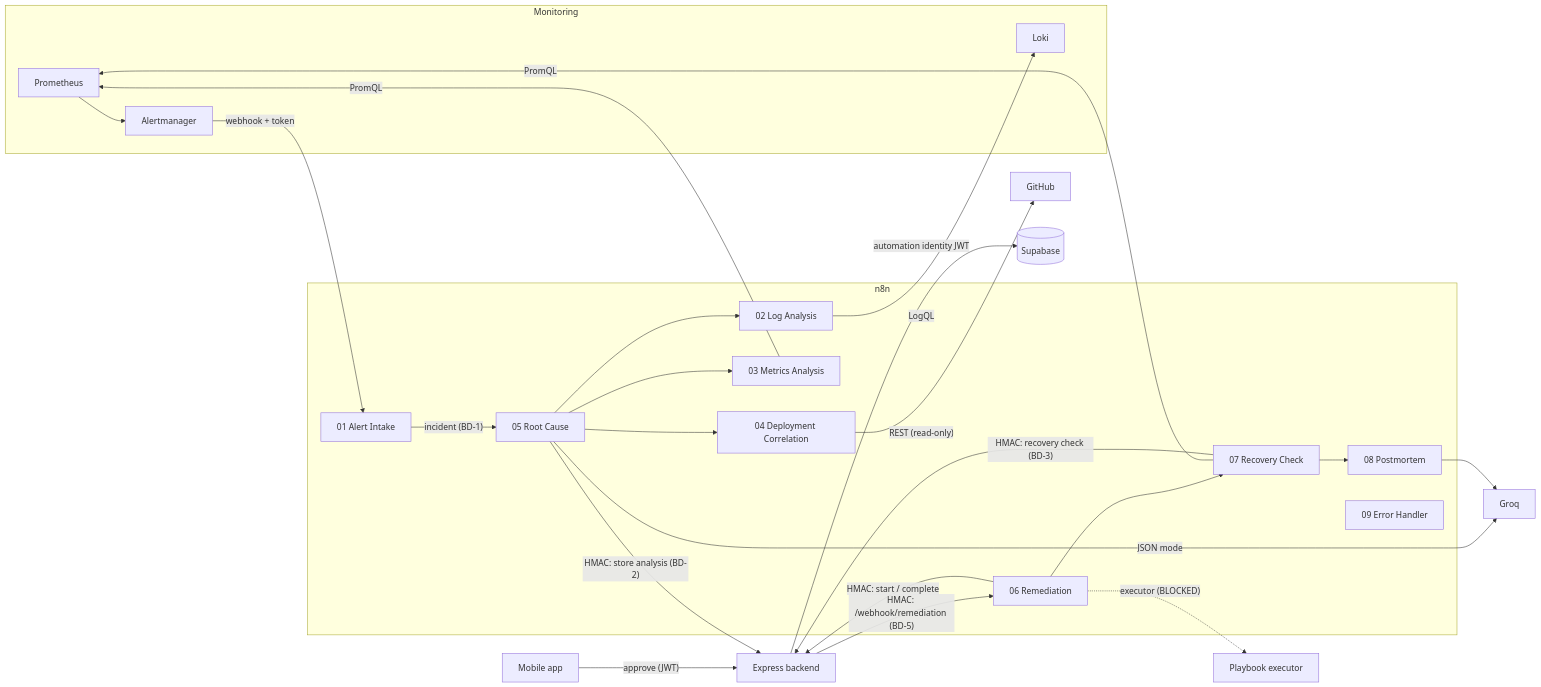
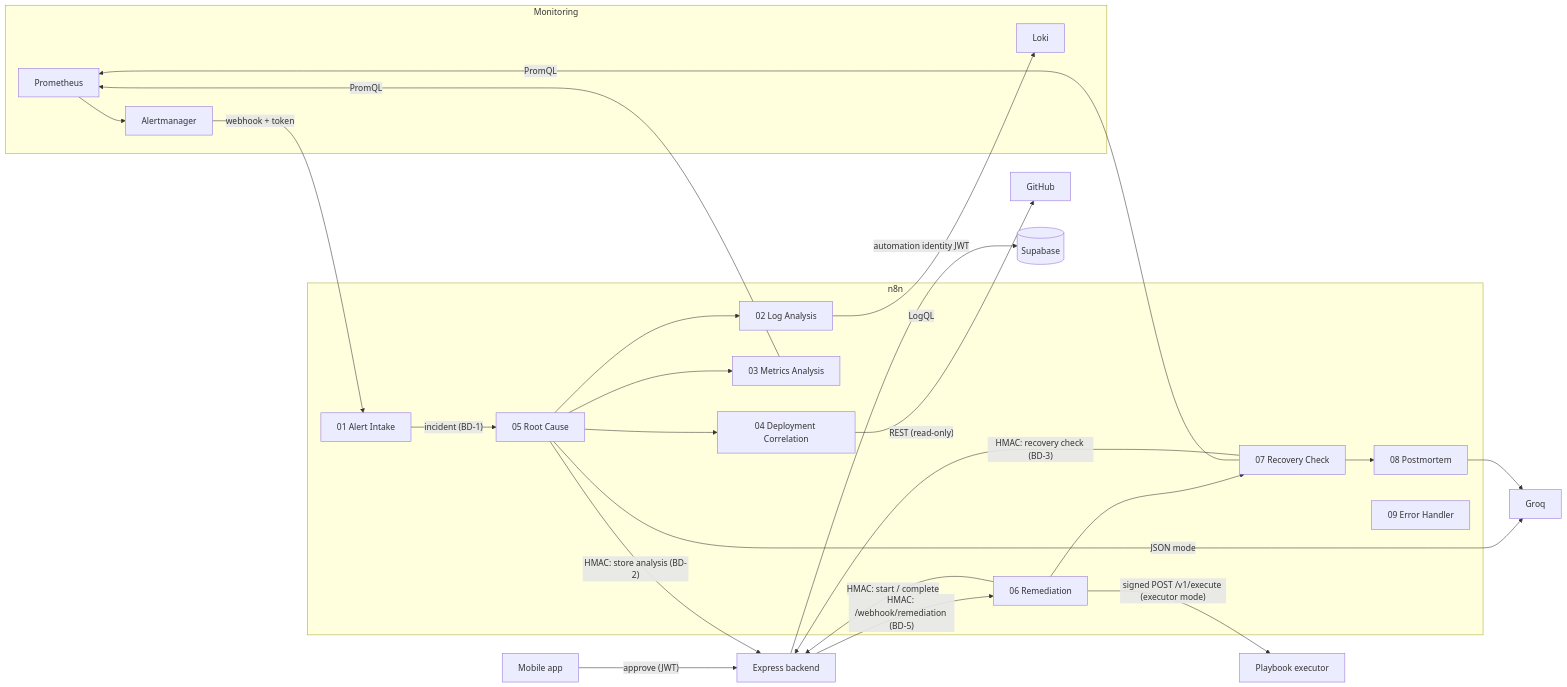
Before and after one commit to AI-DevOps-CommandCenter/ai-devops-command-center: the first of 2 diagrams in docs/automation-implementation-guide.md, drawn with Mermaid. The commit also changed other lines of this file and 16 other files, not shown here.

````diff
--- a/docs/automation-implementation-guide.md
+++ b/docs/automation-implementation-guide.md
@@ -7,36 +7,36 @@
 ```mermaid
 flowchart LR
   subgraph Monitoring
     P[Prometheus] --> AM[Alertmanager]
     L[Loki]
   end
   subgraph n8n
     W01[01 Alert Intake]
     W05[05 Root Cause]
     W02[02 Log Analysis]
     W03[03 Metrics Analysis]
     W04[04 Deployment Correlation]
     W06[06 Remediation]
     W07[07 Recovery Check]
     W08[08 Postmortem]
     W09[09 Error Handler]
   end
   AM -- "webhook + token" --> W01
   W01 -- "incident (BD-1)" --> W05
   W05 --> W02 & W03 & W04
   W02 -- LogQL --> L
   W03 -- PromQL --> P
   W04 -- "REST (read-only)" --> GH[GitHub]
   W05 -- "JSON mode" --> G[Groq]
   W05 -- "HMAC: store analysis (BD-2)" --> BE[Express backend]
   APP[Mobile app] -- "approve (JWT)" --> BE
   BE -- "HMAC: /webhook/remediation (BD-5)" --> W06
   W06 -- "HMAC: start / complete" --> BE
-  W06 -. "executor (BLOCKED)" .-> X[Playbook executor]
+  W06 -- "signed POST /v1/execute (executor mode)" --> X[Playbook executor]
   W06 --> W07
   W07 -- PromQL --> P
   W07 -- "HMAC: recovery check (BD-3)" --> BE
   W07 --> W08
   W08 --> G
   BE -- "automation identity JWT" --> DB[(Supabase)]
 ```
````
